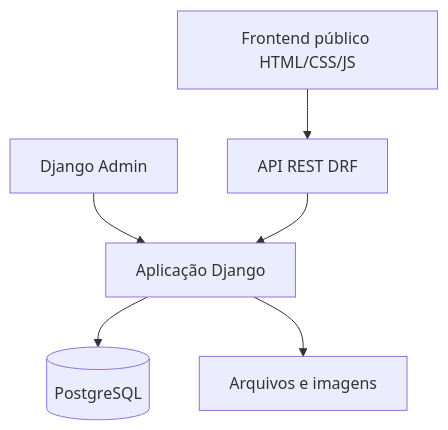
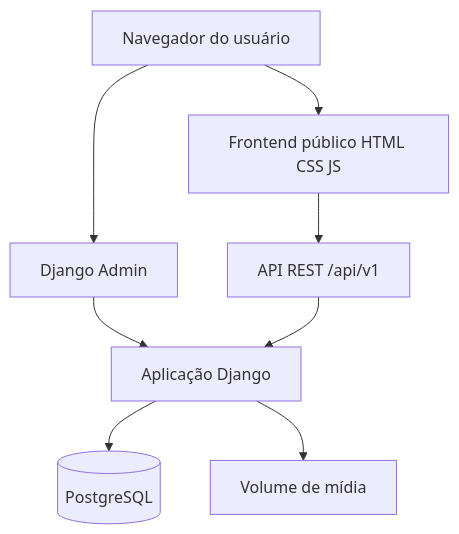
The diagram in docs/architecture/diagrams/c4-container.md (MarcosVini753/latec-in), drawn with Mermaid before and after one commit. The commit also changed other lines of this file and 3 other files, not shown here.

Commit message:
DOCS: update diagrams

````diff
--- a/docs/architecture/diagrams/c4-container.md
+++ b/docs/architecture/diagrams/c4-container.md
@@ -3,8 +3,18 @@
 ```mermaid
 flowchart TB
-  Frontend[Frontend público HTML/CSS/JS] --> API[API REST DRF]
-  Admin[Django Admin] --> Django[Aplicação Django]
+  Browser[Navegador do usuário]
+  Frontend[Frontend público HTML CSS JS]
+  Admin[Django Admin]
+  API[API REST /api/v1]
+  Django[Aplicação Django]
+  DB[(PostgreSQL)]
+  Media[Volume de mídia]
+
+  Browser --> Frontend
+  Frontend --> API
+  Browser --> Admin
+  Admin --> Django
   API --> Django
-  Django --> DB[(PostgreSQL)]
-  Django --> Media[Arquivos e imagens]
+  Django --> DB
+  Django --> Media
 ```
````
